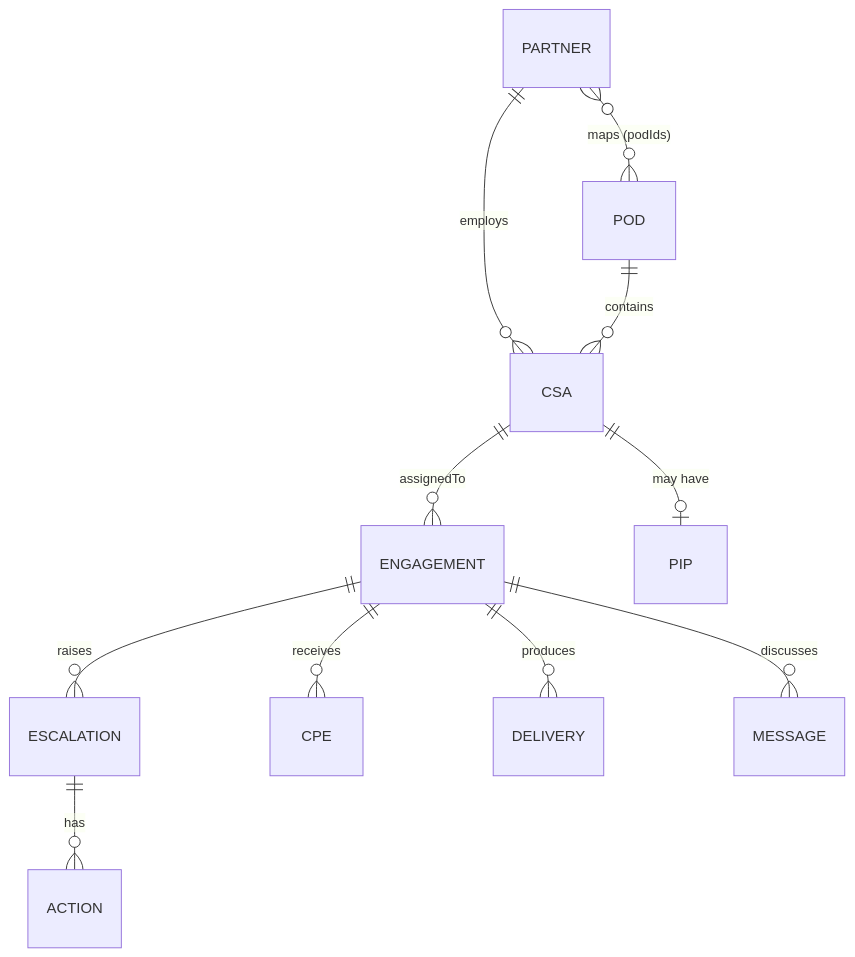
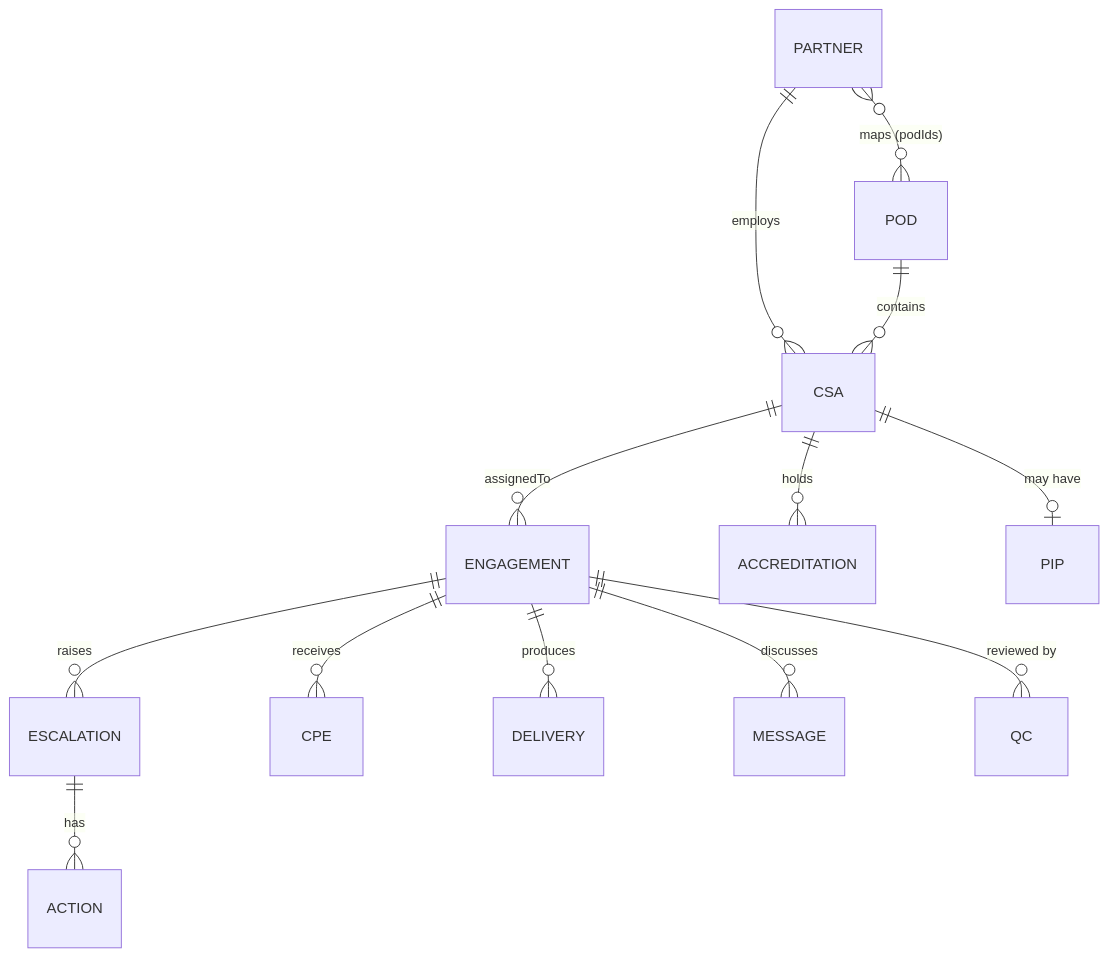
The diagram in specs/02-data-and-system-of-record.md (lefrasso/SSD-Command-Center), drawn with Mermaid before and after one commit. The commit also changed other lines of this file and 20 other files, not shown here.

````diff
--- a/specs/02-data-and-system-of-record.md
+++ b/specs/02-data-and-system-of-record.md
@@ -58,13 +81,15 @@
 ```mermaid
 erDiagram
   PARTNER ||--o{ CSA : employs
   POD ||--o{ CSA : contains
   PARTNER }o--o{ POD : "maps (podIds)"
   CSA ||--o{ ENGAGEMENT : "assignedTo"
   ENGAGEMENT ||--o{ ESCALATION : raises
   ESCALATION ||--o{ ACTION : has
   ENGAGEMENT ||--o{ CPE : receives
   ENGAGEMENT ||--o{ DELIVERY : produces
   ENGAGEMENT ||--o{ MESSAGE : discusses
+  ENGAGEMENT ||--o{ QC : "reviewed by"
+  CSA ||--o{ ACCREDITATION : holds
   CSA ||--o| PIP : "may have"
 ```
````
